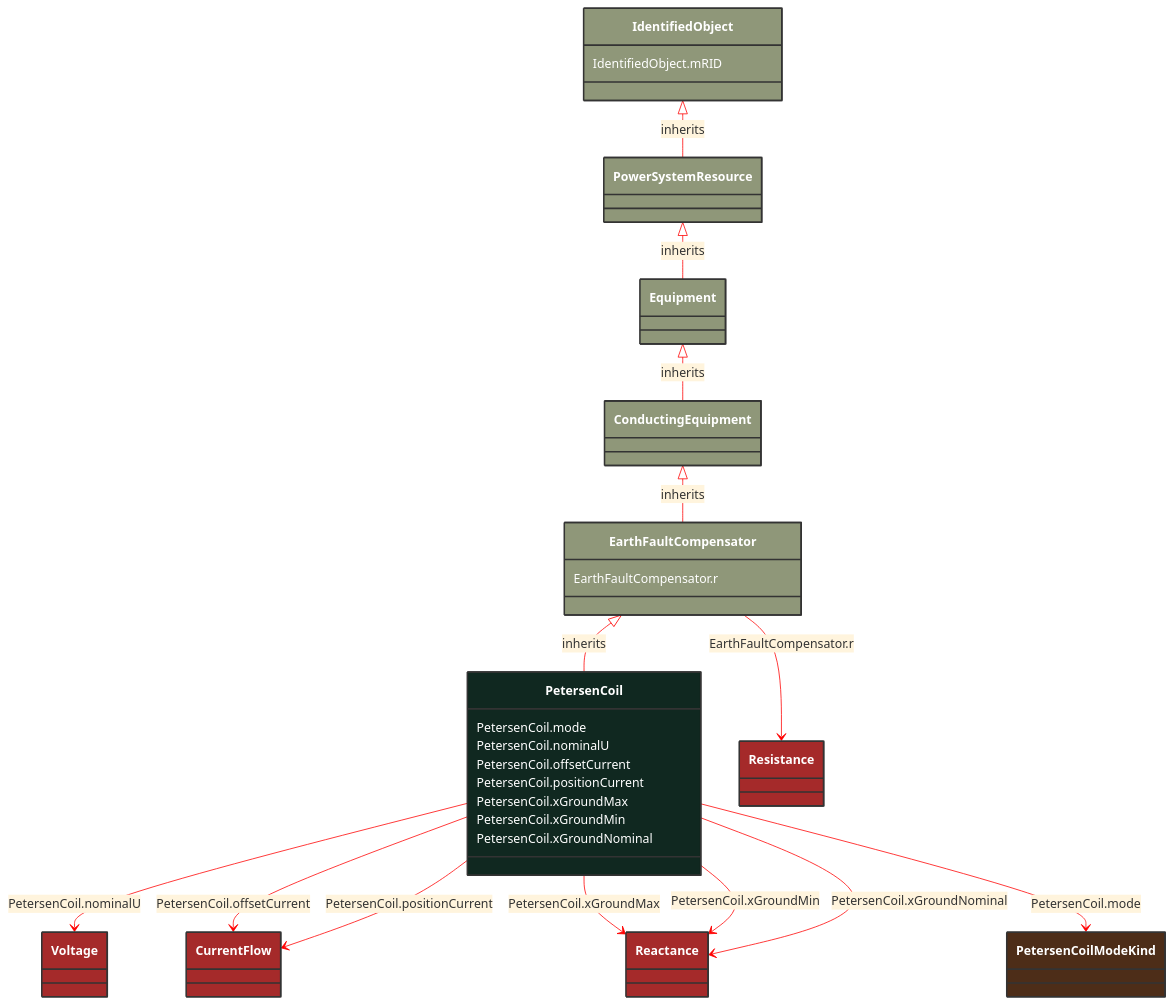
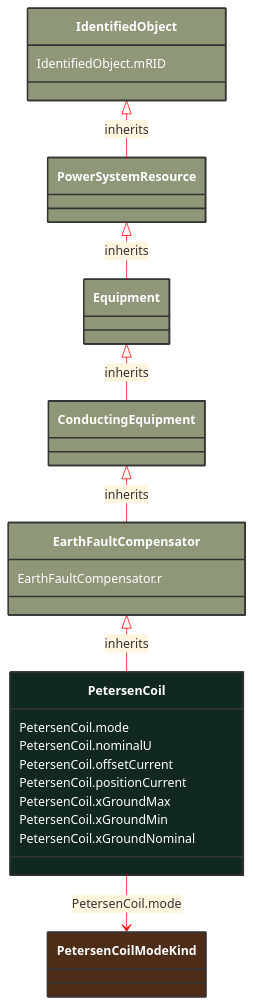
The diagram in docs/Models/Profiles/ShortCircuit/ConcreteClasses/PetersenCoil.md (3lbits/NoCIMExtensions), drawn with Mermaid before and after one commit. The commit also changed other lines of this file and 397 other files, not shown here.

First line of the commit message:
Refactor CIM schemas to introduce abstract classes and consolidate data types

````diff
--- a/docs/Models/Profiles/ShortCircuit/ConcreteClasses/PetersenCoil.md
+++ b/docs/Models/Profiles/ShortCircuit/ConcreteClasses/PetersenCoil.md
@@ -8,79 +8,44 @@
 ```mermaid
 %%{init: {'theme':'base','themeVariables': {'lineColor': '#FF0000'}}}%%
 classDiagram
     class PetersenCoil
     click PetersenCoil href "/Models/Profiles/ShortCircuit/ConcreteClasses/PetersenCoil/"
     style PetersenCoil fill:#102820,stroke:#333,stroke-width:2px,rx:10,ry:10,color:white
      
         EarthFaultCompensator <|-- PetersenCoil : inherits
-            click EarthFaultCompensator href "/Models/Profiles/ShortCircuit/ConcreteClasses/EarthFaultCompensator/"
+            click EarthFaultCompensator href "/Models/Profiles/ShortCircuit/AbstractClasses/EarthFaultCompensator/"
             style EarthFaultCompensator fill:#8F9779,stroke:#333,stroke-width:2px,rx:10,ry:10,color:white
      
         ConductingEquipment <|-- EarthFaultCompensator : inherits
-            click ConductingEquipment href "/Models/Profiles/ShortCircuit/ConcreteClasses/ConductingEquipment/"
+            click ConductingEquipment href "/Models/Profiles/ShortCircuit/AbstractClasses/ConductingEquipment/"
             style ConductingEquipment fill:#8F9779,stroke:#333,stroke-width:2px,rx:10,ry:10,color:white
      
         Equipment <|-- ConductingEquipment : inherits
-            click Equipment href "/Models/Profiles/ShortCircuit/ConcreteClasses/Equipment/"
+            click Equipment href "/Models/Profiles/ShortCircuit/AbstractClasses/Equipment/"
             style Equipment fill:#8F9779,stroke:#333,stroke-width:2px,rx:10,ry:10,color:white
      
         PowerSystemResource <|-- Equipment : inherits
-            click PowerSystemResource href "/Models/Profiles/ShortCircuit/ConcreteClasses/PowerSystemResource/"
+            click PowerSystemResource href "/Models/Profiles/ShortCircuit/AbstractClasses/PowerSystemResource/"
             style PowerSystemResource fill:#8F9779,stroke:#333,stroke-width:2px,rx:10,ry:10,color:white
      
         IdentifiedObject <|-- PowerSystemResource : inherits
-            click IdentifiedObject href "/Models/Profiles/ShortCircuit/ConcreteClasses/IdentifiedObject/"
+            click IdentifiedObject href "/Models/Profiles/ShortCircuit/AbstractClasses/IdentifiedObject/"
             style IdentifiedObject fill:#8F9779,stroke:#333,stroke-width:2px,rx:10,ry:10,color:white
 
-        PetersenCoil --> Voltage : PetersenCoil.nominalU
-
-        Voltage
-            click Voltage href "/Models/Profiles/ShortCircuit/ConcreteClasses/Voltage/"
-            style Voltage fill:#A52A2A,stroke:#333,stroke-width:2px,rx:10,ry:10,color:white
-        PetersenCoil --> CurrentFlow : PetersenCoil.offsetCurrent
-
-        CurrentFlow
-            click CurrentFlow href "/Models/Profiles/ShortCircuit/ConcreteClasses/CurrentFlow/"
-            style CurrentFlow fill:#A52A2A,stroke:#333,stroke-width:2px,rx:10,ry:10,color:white
-        PetersenCoil --> CurrentFlow : PetersenCoil.positionCurrent
-
-        CurrentFlow
-            click CurrentFlow href "/Models/Profiles/ShortCircuit/ConcreteClasses/CurrentFlow/"
-            style CurrentFlow fill:#A52A2A,stroke:#333,stroke-width:2px,rx:10,ry:10,color:white
-        PetersenCoil --> Reactance : PetersenCoil.xGroundMax
-
-        Reactance
-            click Reactance href "/Models/Profiles/ShortCircuit/ConcreteClasses/Reactance/"
-            style Reactance fill:#A52A2A,stroke:#333,stroke-width:2px,rx:10,ry:10,color:white
-        PetersenCoil --> Reactance : PetersenCoil.xGroundMin
-
-        Reactance
-            click Reactance href "/Models/Profiles/ShortCircuit/ConcreteClasses/Reactance/"
-            style Reactance fill:#A52A2A,stroke:#333,stroke-width:2px,rx:10,ry:10,color:white
-        PetersenCoil --> Reactance : PetersenCoil.xGroundNominal
-
-        Reactance
-            click Reactance href "/Models/Profiles/ShortCircuit/ConcreteClasses/Reactance/"
-            style Reactance fill:#A52A2A,stroke:#333,stroke-width:2px,rx:10,ry:10,color:white
-        EarthFaultCompensator --> Resistance : EarthFaultCompensator.r
-
-        Resistance
-            click Resistance href "/Models/Profiles/ShortCircuit/ConcreteClasses/Resistance/"
-            style Resistance fill:#A52A2A,stroke:#333,stroke-width:2px,rx:10,ry:10,color:white
 
         PetersenCoil --> PetersenCoilModeKind : PetersenCoil.mode
 
         PetersenCoilModeKind
             click PetersenCoilModeKind href "/Models/Profiles/ShortCircuit/Enumerations/PetersenCoilModeKind/"
             style PetersenCoilModeKind fill:#4D2D18,stroke:#333,stroke-width:2px,rx:10,ry:10,color:white
 
         PetersenCoil : PetersenCoil.mode
         PetersenCoil : PetersenCoil.nominalU
         PetersenCoil : PetersenCoil.offsetCurrent
         PetersenCoil : PetersenCoil.positionCurrent
         PetersenCoil : PetersenCoil.xGroundMax
         PetersenCoil : PetersenCoil.xGroundMin
         PetersenCoil : PetersenCoil.xGroundNominal
         EarthFaultCompensator : EarthFaultCompensator.r
         IdentifiedObject : IdentifiedObject.mRID
 ```
````
